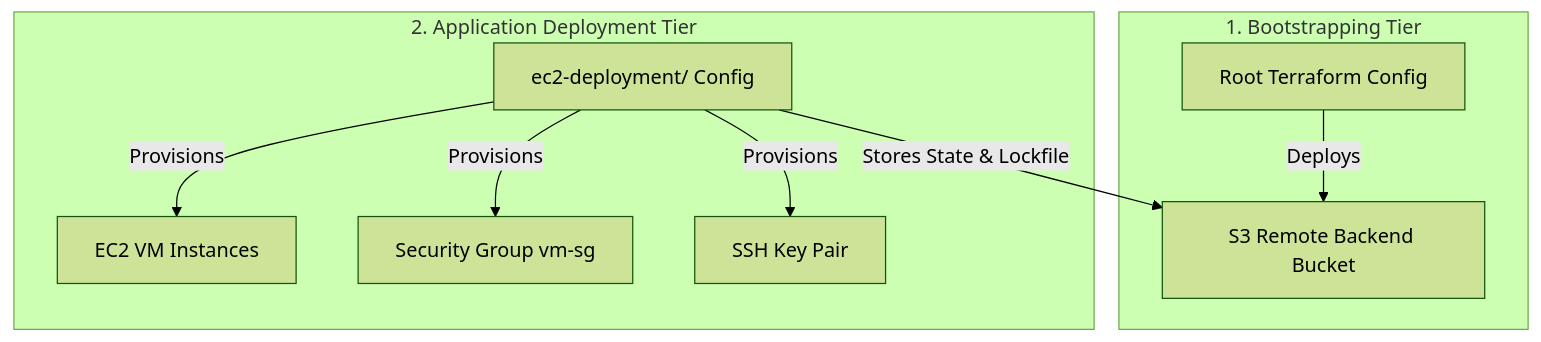
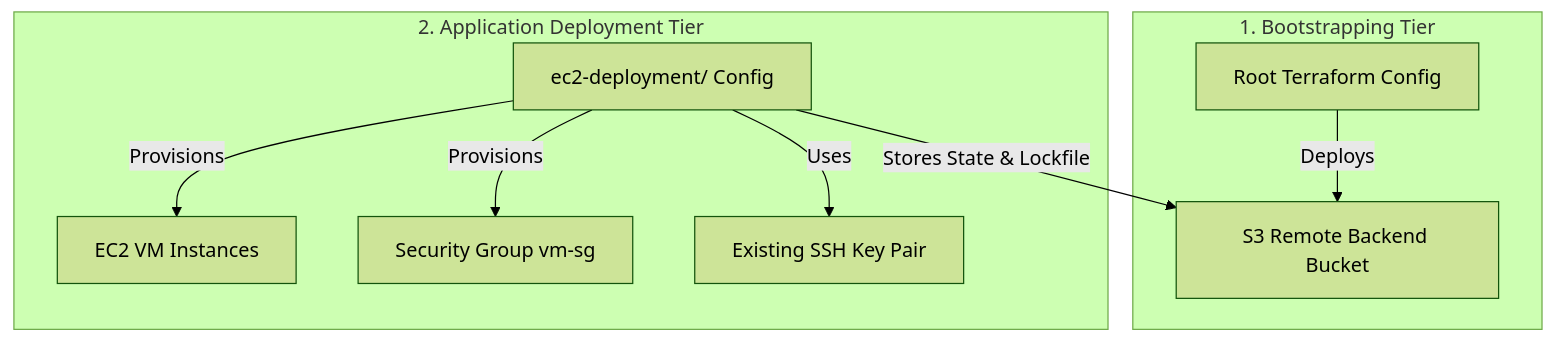
Before and after one commit to ahamedmareerlive/Ec2_instance_task: the diagram in README.md, drawn with Mermaid (forest theme). The commit also changed other lines of this file, not shown here.

Commit message:
Update README diagram and descriptions to reflect existing key pair usage

````diff
--- a/README.md
+++ b/README.md
@@ -11,12 +11,12 @@
 ```mermaid
 graph TD
     subgraph Bootstrapping [1. Bootstrapping Tier]
         Root[Root Terraform Config] -->|Deploys| S3[S3 Remote Backend Bucket]
     end
     subgraph Deployment [2. Application Deployment Tier]
         App[ec2-deployment/ Config] -->|Stores State & Lockfile| S3
         App -->|Provisions| EC2[EC2 VM Instances]
         App -->|Provisions| SG[Security Group vm-sg]
-        App -->|Provisions| KP[SSH Key Pair]
+        App -->|Uses| KP[Existing SSH Key Pair]
     end
 ```
````
